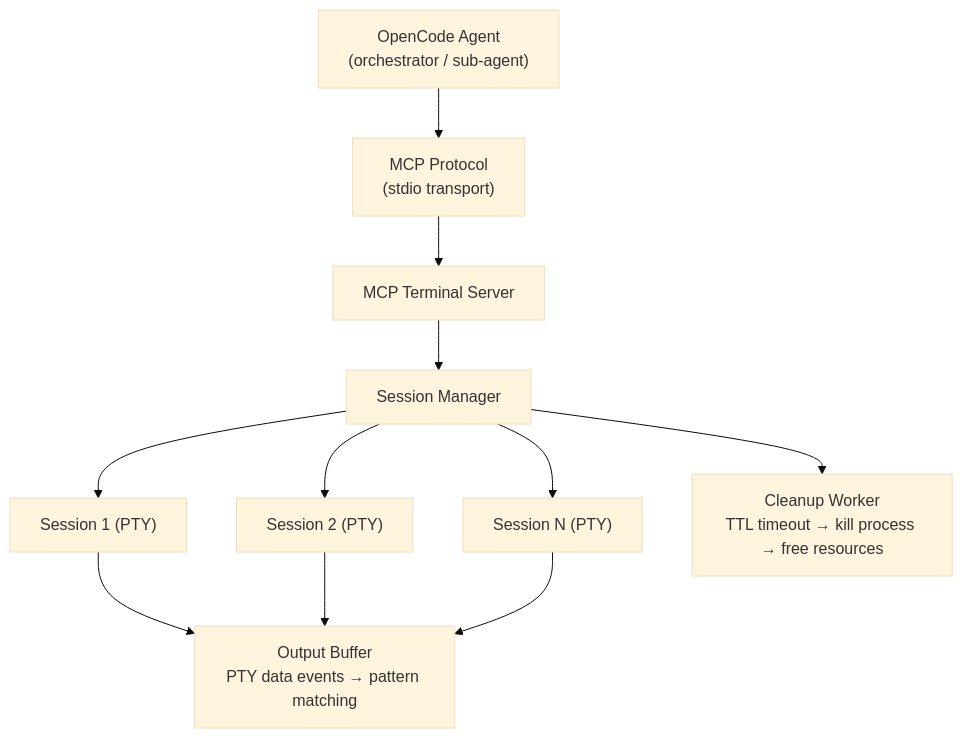
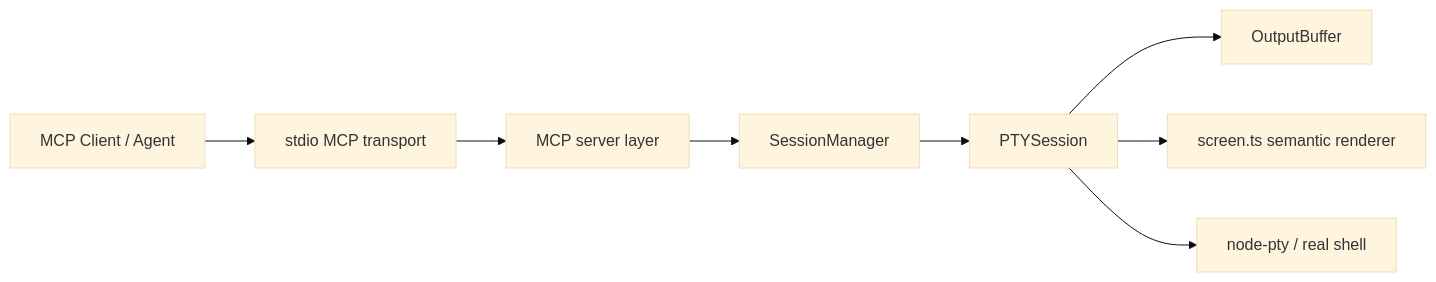
One commit to mmartinrm97/mcp-terminal-server changed the diagram in docs/ARCHITECTURE.md. Above: the diagram before and after it, drawn with Mermaid (base theme). The commit also changed other lines of this file and 8 other files, not shown here.

Commit message:
docs: align architecture and prepare v0.5.1

````diff
--- a/docs/ARCHITECTURE.md
+++ b/docs/ARCHITECTURE.md
@@ -33,23 +240,10 @@
 ```mermaid
-graph TD
-    AGENT["OpenCode Agent<br/>(orchestrator / sub-agent)"]
-    MCP["MCP Protocol<br/>(stdio transport)"]
-    TERM["MCP Terminal Server"]
-    SM["Session Manager"]
-    S1["Session 1 (PTY)"]
-    S2["Session 2 (PTY)"]
-    SN["Session N (PTY)"]
-    OB["Output Buffer<br/>PTY data events → pattern matching"]
-    CW["Cleanup Worker<br/>TTL timeout → kill process → free resources"]
-
-    AGENT --> MCP
-    MCP --> TERM
-    TERM --> SM
-    SM --> S1
-    SM --> S2
-    SM --> SN
-    S1 --> OB
-    S2 --> OB
-    SN --> OB
-    SM --> CW
+flowchart LR
+    Agent["MCP Client / Agent"] --> Transport["stdio MCP transport"]
+    Transport --> Server["MCP server layer"]
+    Server --> Manager["SessionManager"]
+    Manager --> Session["PTYSession"]
+    Session --> Buffer["OutputBuffer"]
+    Session --> Screen["screen.ts semantic renderer"]
+    Session --> PTY["node-pty / real shell"]
 ```
````
